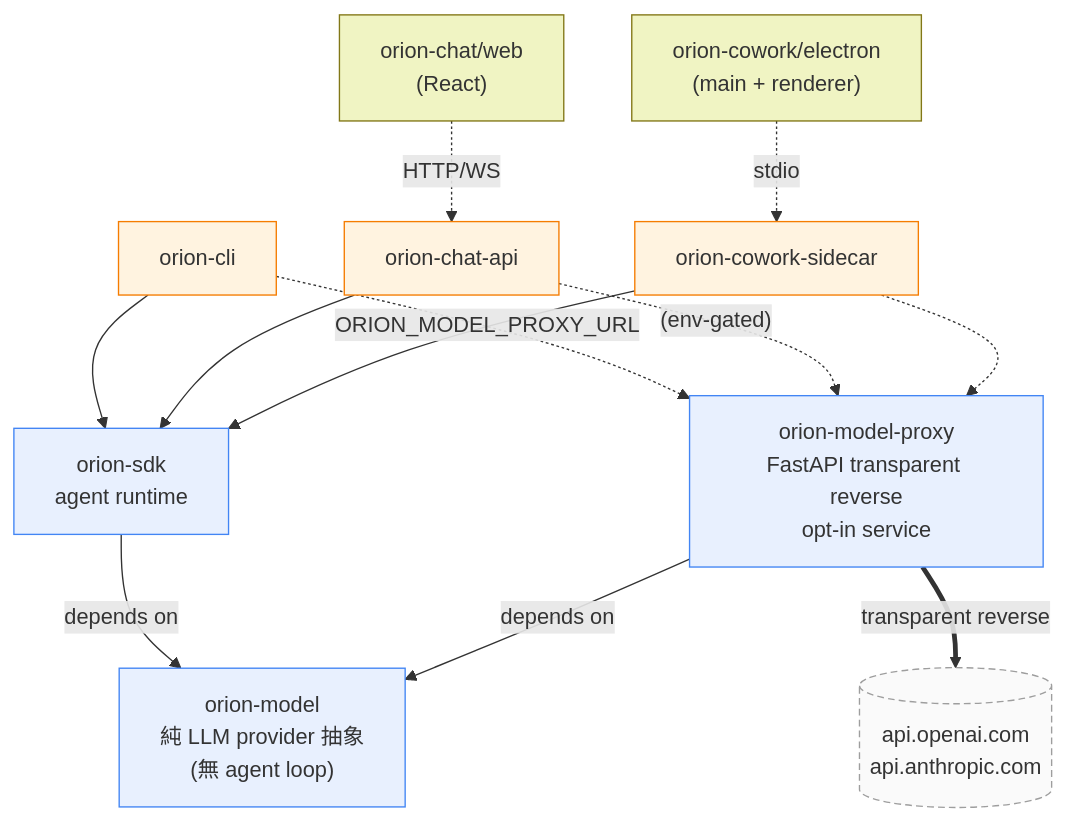
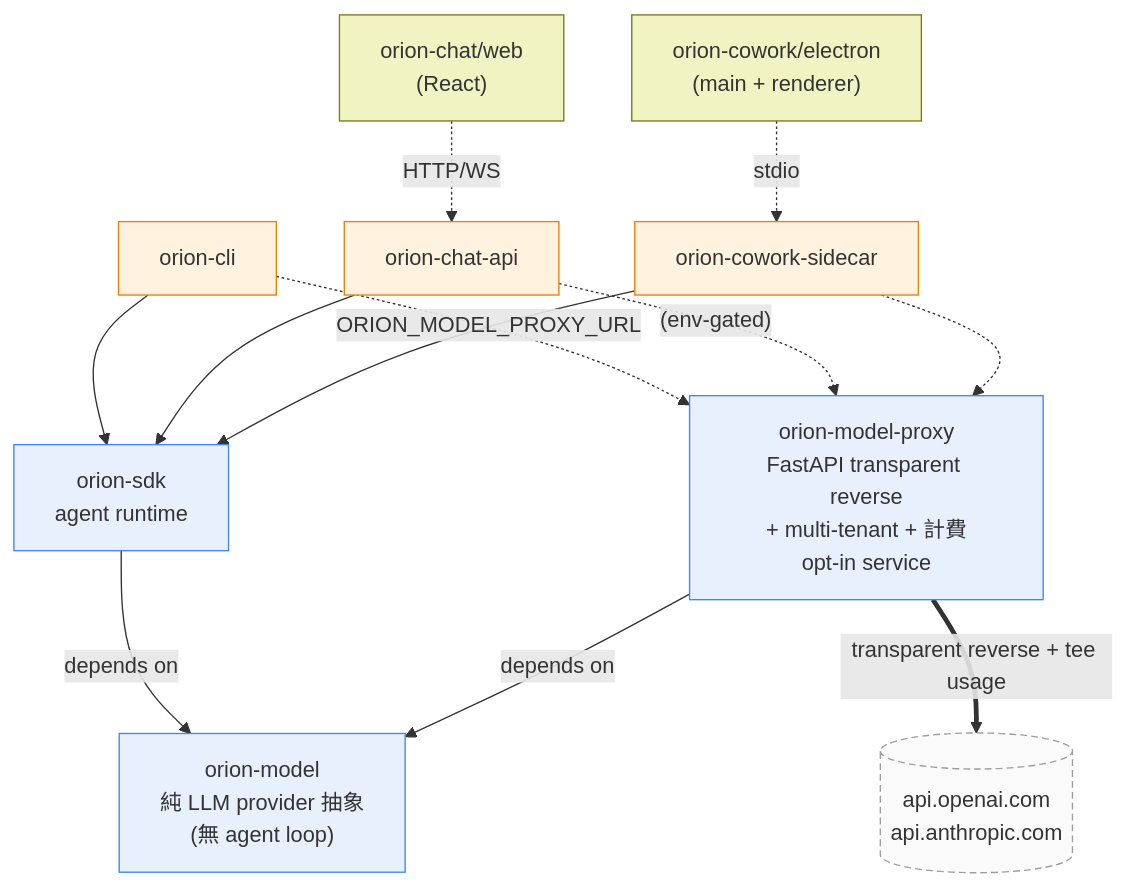
One commit to sun873087/orion-agent changed the diagram in docs/architecture/README.md. Above: the diagram before and after it, drawn with Mermaid. The commit also changed other lines of this file and 57 other files, not shown here.

````diff
--- a/docs/architecture/README.md
+++ b/docs/architecture/README.md
@@ -24,44 +26,44 @@
 ```mermaid
 flowchart TB
     %% packages/ — Python libs
     model["orion-model<br/>純 LLM provider 抽象<br/>(無 agent loop)"]
     sdk["orion-sdk<br/>agent runtime"]
-    proxy["orion-model-proxy<br/>FastAPI transparent reverse<br/>opt-in service"]
+    proxy["orion-model-proxy<br/>FastAPI transparent reverse<br/>+ multi-tenant + 計費<br/>opt-in service"]
 
     sdk -->|depends on| model
     proxy -->|depends on| model
 
     %% apps/ — Python entrypoints
     cli["orion-cli"]
     chatapi["orion-chat-api"]
     sidecar["orion-cowork-sidecar"]
 
     cli --> sdk
     chatapi --> sdk
     sidecar --> sdk
 
     %% apps/ — TS frontends
     web["orion-chat/web<br/>(React)"]
     electron["orion-cowork/electron<br/>(main + renderer)"]
 
     web -. HTTP/WS .-> chatapi
     electron -. stdio .-> sidecar
 
     %% Optional proxy routing
     cli -. "ORION_MODEL_PROXY_URL" .-> proxy
     chatapi -. "(env-gated)" .-> proxy
     sidecar -.-> proxy
 
     %% Upstream
     upstream[("api.openai.com<br/>api.anthropic.com")]
-    proxy ==>|transparent reverse| upstream
+    proxy ==>|transparent reverse + tee usage| upstream
 
     classDef lib fill:#e8f0fe,stroke:#4285f4
     classDef app fill:#fff3e0,stroke:#f57c00
     classDef fe  fill:#f0f4c3,stroke:#827717
     classDef ext fill:#fafafa,stroke:#9e9e9e,stroke-dasharray: 5 3
     class model,sdk,proxy lib
     class cli,chatapi,sidecar app
     class web,electron fe
     class upstream ext
 ```
````
